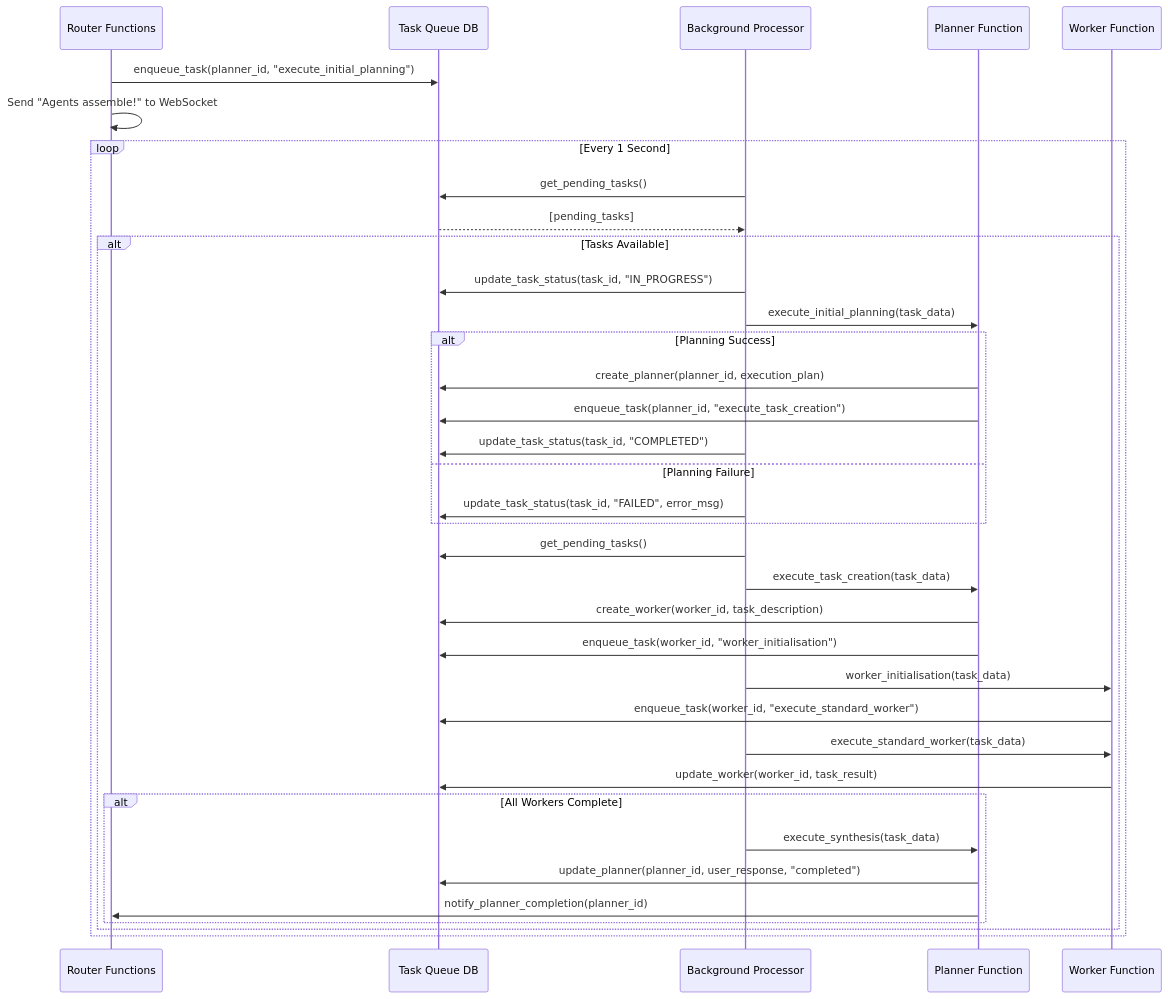
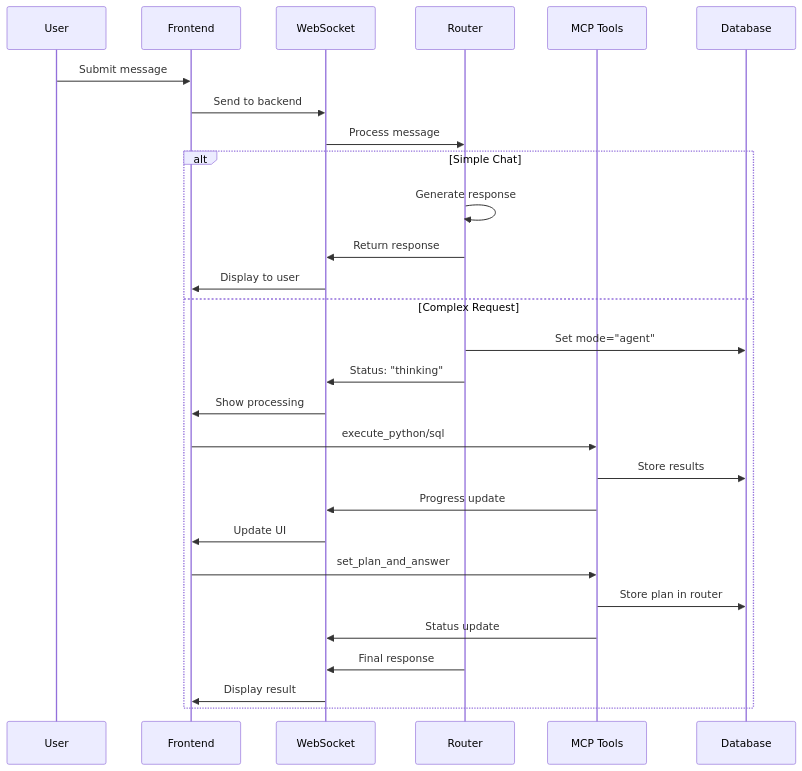
One commit to bryan-zxc/agent changed the second of 4 diagrams in ARCHITECTURE.md. Above: the diagram before and after it, drawn with Mermaid. The commit also changed other lines of this file and 4 other files, not shown here.

First line of the commit message:
docs: Update all documentation for new frontend-orchestrated architecture

````diff
--- a/ARCHITECTURE.md
+++ b/ARCHITECTURE.md
@@ -145,47 +97,35 @@
 ```mermaid
 sequenceDiagram
-    participant R as Router Functions
-    participant DB as Task Queue DB
-    participant BP as Background Processor
-    participant PF as Planner Function
-    participant WF as Worker Function
-    
-    R->>DB: enqueue_task(planner_id, "execute_initial_planning")
-    R->>R: Send "Agents assemble!" to WebSocket
-    
-    loop Every 1 Second
-        BP->>DB: get_pending_tasks()
-        DB-->>BP: [pending_tasks]
-        
-        alt Tasks Available
-            BP->>DB: update_task_status(task_id, "IN_PROGRESS")
-            BP->>PF: execute_initial_planning(task_data)
-            
-            alt Planning Success
-                PF->>DB: create_planner(planner_id, execution_plan)
-                PF->>DB: enqueue_task(planner_id, "execute_task_creation")
-                BP->>DB: update_task_status(task_id, "COMPLETED")
-            else Planning Failure
-                BP->>DB: update_task_status(task_id, "FAILED", error_msg)
-            end
-            
-            BP->>DB: get_pending_tasks()
-            BP->>PF: execute_task_creation(task_data)
-            
-            PF->>DB: create_worker(worker_id, task_description)
-            PF->>DB: enqueue_task(worker_id, "worker_initialisation")
-            
-            BP->>WF: worker_initialisation(task_data)
-            WF->>DB: enqueue_task(worker_id, "execute_standard_worker")
-            
-            BP->>WF: execute_standard_worker(task_data)
-            WF->>DB: update_worker(worker_id, task_result)
-            
-            alt All Workers Complete
-                BP->>PF: execute_synthesis(task_data)
-                PF->>DB: update_planner(planner_id, user_response, "completed")
-                PF->>R: notify_planner_completion(planner_id)
-            end
-        end
+    participant U as User
+    participant F as Frontend
+    participant W as WebSocket
+    participant R as Router
+    participant T as MCP Tools
+    participant D as Database
+
+    U->>F: Submit message
+    F->>W: Send to backend
+    W->>R: Process message
+
+    alt Simple Chat
+        R->>R: Generate response
+        R->>W: Return response
+        W->>F: Display to user
+    else Complex Request
+        R->>D: Set mode="agent"
+        R->>W: Status: "thinking"
+        W->>F: Show processing
+
+        F->>T: execute_python/sql
+        T->>D: Store results
+        T->>W: Progress update
+        W->>F: Update UI
+
+        F->>T: set_plan_and_answer
+        T->>D: Store plan in router
+        T->>W: Status update
+
+        R->>W: Final response
+        W->>F: Display result
     end
 ```
````
